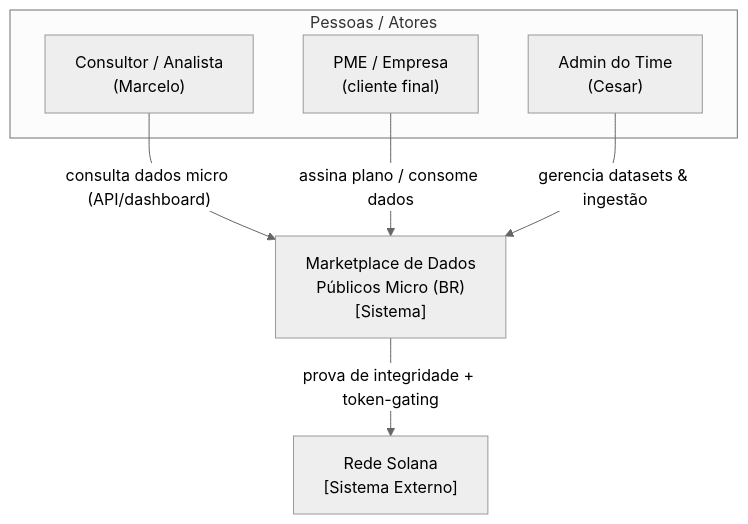
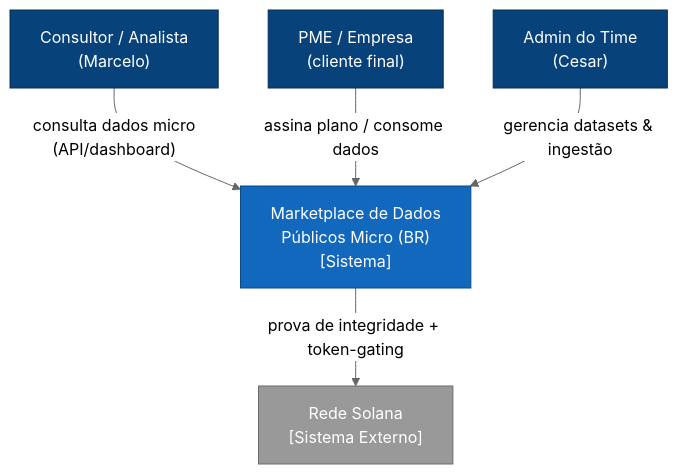
One commit to cesschneider/colosseum-hackathon changed the diagram in docs/architecture/img/c4-level1-context.mmd. Above: the diagram before and after it, drawn with Mermaid (neutral theme). The commit also changed 8 other files, not shown here.

Commit message:
docs(architecture): Artefato @architect (programa Anchor) + diagramas C4 estilizados e PNGs regenerados

```diff
--- a/docs/architecture/img/c4-level1-context.mmd
+++ b/docs/architecture/img/c4-level1-context.mmd
@@ -1,15 +1,21 @@
 flowchart TB
-    subgraph Users["Pessoas / Atores"]
-        Consultor["Consultor / Analista<br/>(Marcelo)"]
-        Empresa["PME / Empresa<br/>(cliente final)"]
-        Admin["Admin do Time<br/>(Cesar)"]
-    end
+    %% C4 Model styling
+    classDef person fill:#08427B,color:#fff,stroke:#052E56,stroke-width:1px
+    classDef system fill:#1168BD,color:#fff,stroke:#0B4884,stroke-width:1px
+    classDef external fill:#999999,color:#fff,stroke:#6B6B6B,stroke-width:1px
+
+    Consultor["Consultor / Analista<br/>(Marcelo)"]
+    Empresa["PME / Empresa<br/>(cliente final)"]
+    Admin["Admin do Time<br/>(Cesar)"]
 
     Platform["Marketplace de Dados<br/>Públicos Micro (BR)<br/>[Sistema]"]
     Solana["Rede Solana<br/>[Sistema Externo]"]
 
-    Consultor -->|"consulta dados micro (API/dashboard)"| Platform
+    Consultor -->|"consulta dados micro<br/>(API/dashboard)"| Platform
     Empresa -->|"assina plano / consome dados"| Platform
     Admin -->|"gerencia datasets & ingestão"| Platform
+    Platform -->|"prova de integridade + token-gating"| Solana
 
-    Platform -->|"prova de integridade + token-gating"| Solana
+    class Consultor,Empresa,Admin person
+    class Platform system
+    class Solana external
```
